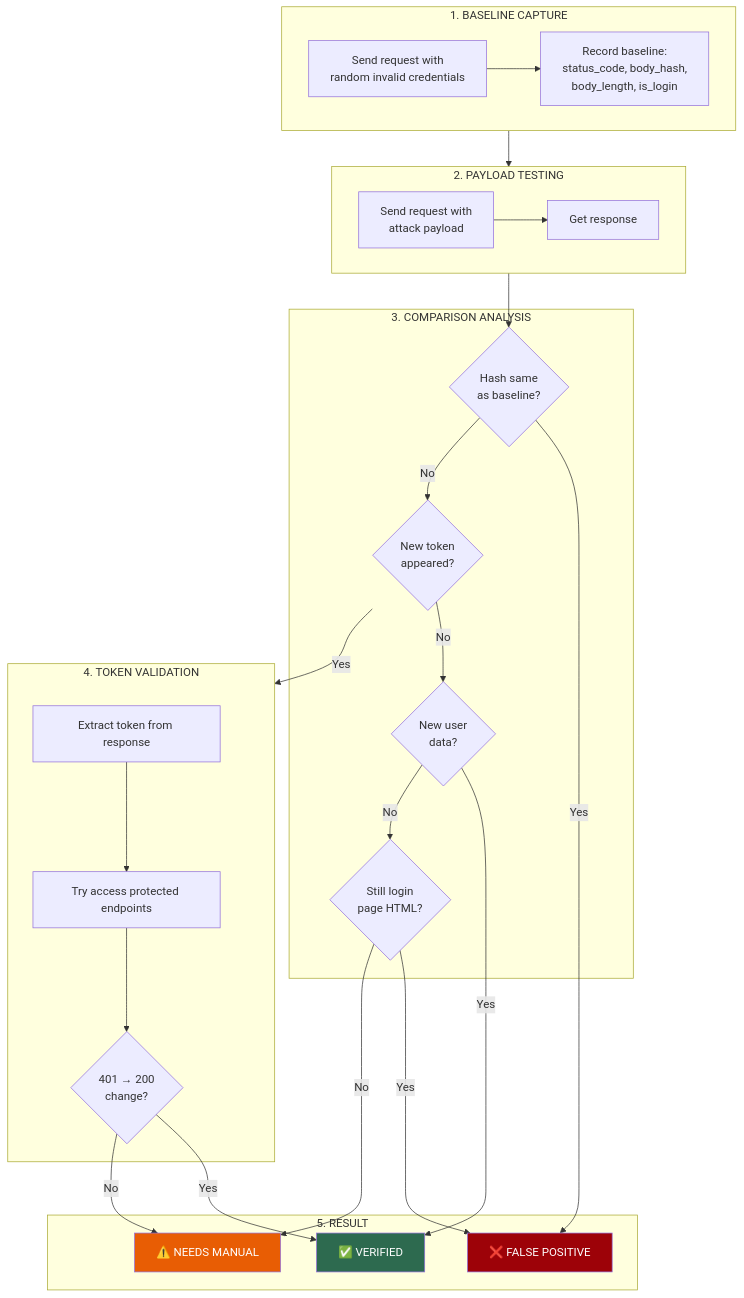
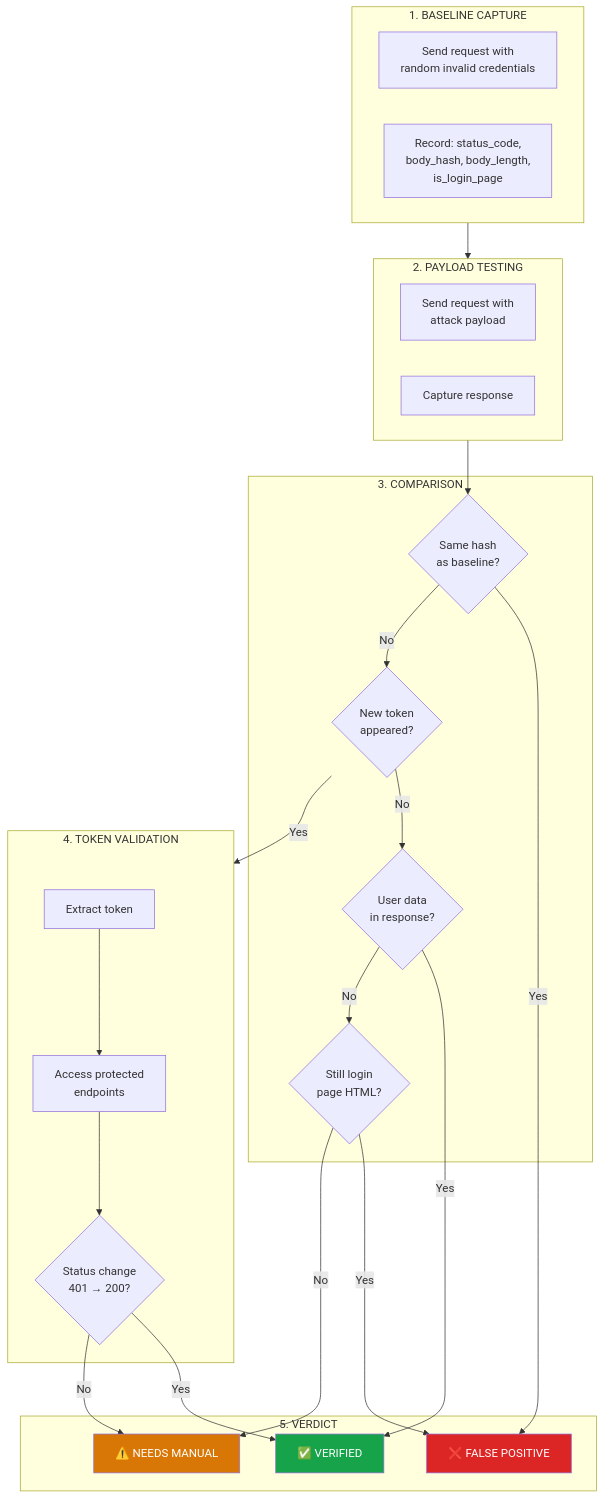
The sixth of 7 diagrams in README.md (purwocode/AGENTIC), drawn with Mermaid before and after one commit. The commit also changed other lines of this file and 1 other file, not shown here.

Commit message:
docs: update README architecture and add Story.md documentation

````diff
--- a/README.md
+++ b/README.md
@@ -343,51 +757,49 @@
 ```mermaid
 flowchart TD
     subgraph BASELINE["1. BASELINE CAPTURE"]
-        B1[Send request with<br/>random invalid credentials]
-        B2[Record baseline:<br/>status_code, body_hash,<br/>body_length, is_login]
-        B1 --> B2
+        B1["Send request with<br/>random invalid credentials"]
+        B2["Record: status_code,<br/>body_hash, body_length,<br/>is_login_page"]
     end
 
-    subgraph PAYLOAD["2. PAYLOAD TESTING"]
-        P1[Send request with<br/>attack payload]
-        P2[Get response]
-        P1 --> P2
+    subgraph TEST["2. PAYLOAD TESTING"]
+        T1["Send request with<br/>attack payload"]
+        T2["Capture response"]
     end
 
-    subgraph COMPARE["3. COMPARISON ANALYSIS"]
-        C1{Hash same<br/>as baseline?}
+    subgraph COMPARE["3. COMPARISON"]
+        C1{Same hash<br/>as baseline?}
         C2{New token<br/>appeared?}
-        C3{New user<br/>data?}
+        C3{User data<br/>in response?}
         C4{Still login<br/>page HTML?}
     end
 
-    subgraph TOKEN["4. TOKEN VALIDATION"]
-        T1[Extract token from response]
-        T2[Try access protected endpoints]
-        T3{401 → 200<br/>change?}
-        T1 --> T2 --> T3
+    subgraph VALIDATE["4. TOKEN VALIDATION"]
+        V1["Extract token"]
+        V2["Access protected<br/>endpoints"]
+        V3{Status change<br/>401 → 200?}
     end
 
-    subgraph RESULT["5. RESULT"]
-        FP[❌ FALSE POSITIVE]
-        VERIFIED[✅ VERIFIED]
-        MANUAL[⚠️ NEEDS MANUAL]
+    subgraph VERDICT["5. VERDICT"]
+        FP["❌ FALSE POSITIVE"]
+        VERIFIED["✅ VERIFIED"]
+        MANUAL["⚠️ NEEDS MANUAL"]
     end
 
-    BASELINE --> PAYLOAD
-    PAYLOAD --> C1
+    BASELINE --> TEST
+    TEST --> C1
     C1 -->|Yes| FP
     C1 -->|No| C2
-    C2 -->|Yes| TOKEN
+    C2 -->|Yes| VALIDATE
     C2 -->|No| C3
     C3 -->|Yes| VERIFIED
     C3 -->|No| C4
     C4 -->|Yes| FP
     C4 -->|No| MANUAL
-    T3 -->|Yes| VERIFIED
-    T3 -->|No| MANUAL
+    V1 --> V2 --> V3
+    V3 -->|Yes| VERIFIED
+    V3 -->|No| MANUAL
 
-    style VERIFIED fill:#2d6a4f,color:#fff
-    style FP fill:#9d0208,color:#fff
-    style MANUAL fill:#e85d04,color:#fff
+    style FP fill:#dc2626,color:#fff
+    style VERIFIED fill:#16a34a,color:#fff
+    style MANUAL fill:#d97706,color:#fff
 ```
````
